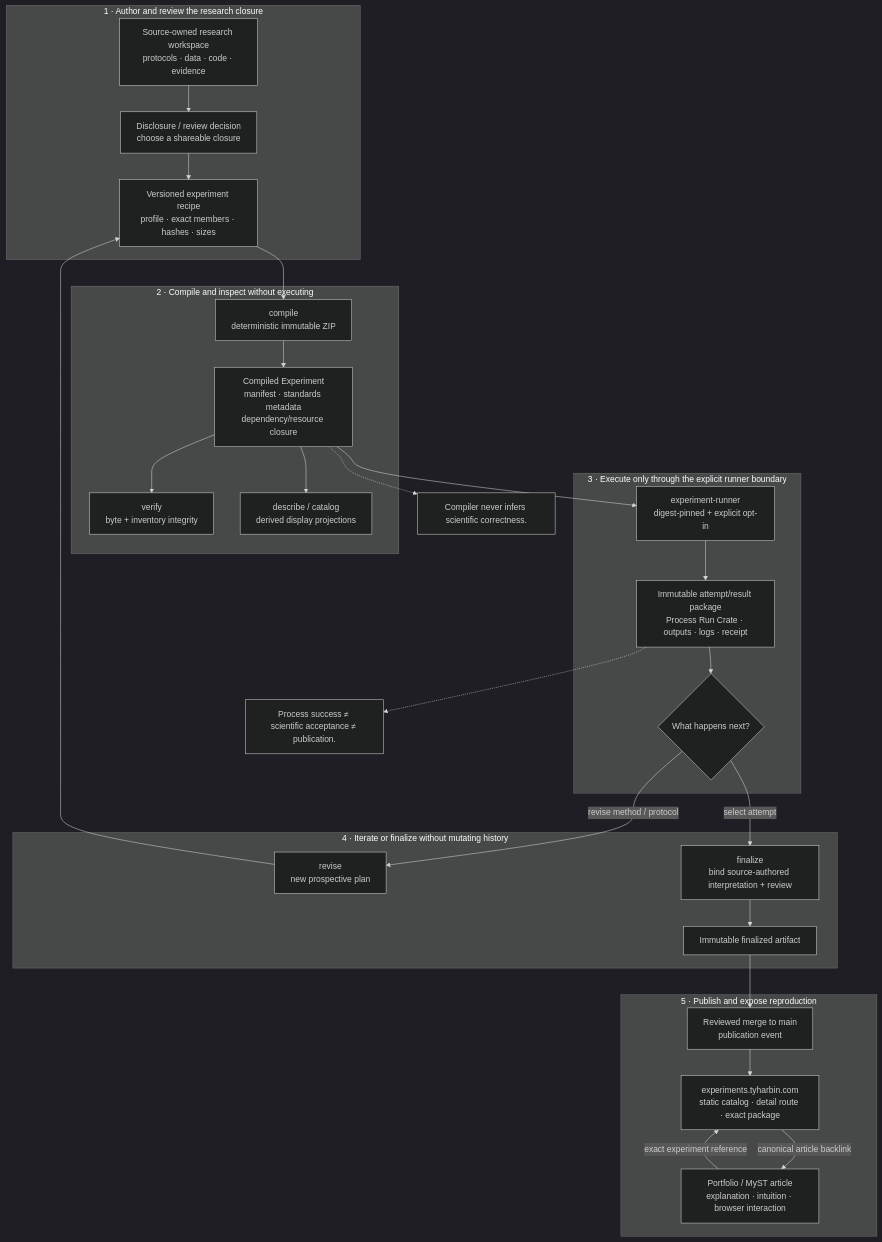
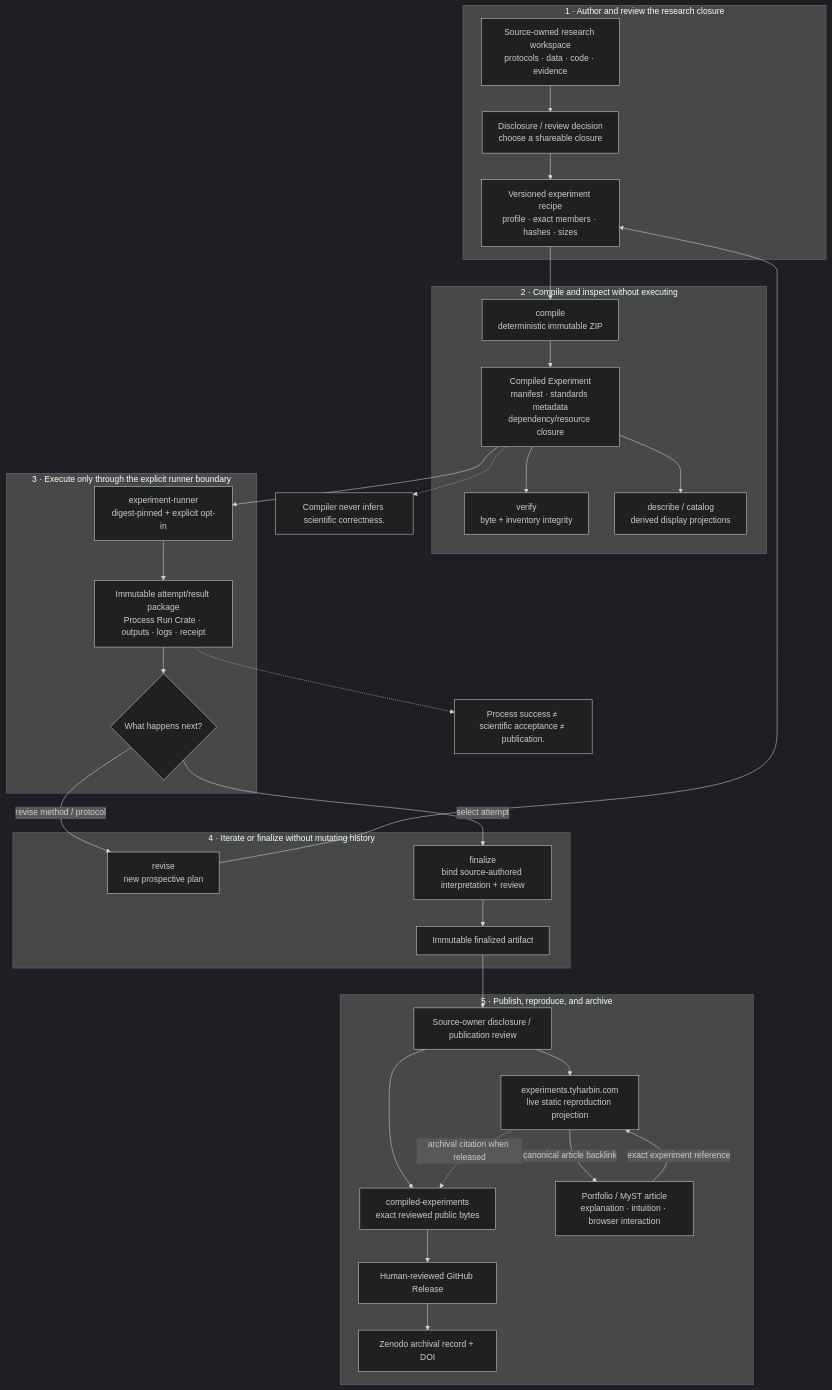
One commit to pH34r-pH/experiment-compiler changed the first of 5 diagrams in docs/architecture.md. Above: the diagram before and after it, drawn with Mermaid (dark theme). The commit also changed other lines of this file, not shown here.

Commit message:
docs: add compiled-experiments archival layer to architecture

````diff
--- a/docs/architecture.md
+++ b/docs/architecture.md
@@ -13,51 +13,57 @@
 ```mermaid
 flowchart TB
   subgraph A["1 · Author and review the research closure"]
     LAB["Source-owned research workspace<br/>protocols · data · code · evidence"]
     REVIEW["Disclosure / review decision<br/>choose a shareable closure"]
     RECIPE["Versioned experiment recipe<br/>profile · exact members · hashes · sizes"]
     LAB --> REVIEW --> RECIPE
   end
 
   subgraph B["2 · Compile and inspect without executing"]
     COMPILE["compile<br/>deterministic immutable ZIP"]
     PACKAGE["Compiled Experiment<br/>manifest · standards metadata<br/>dependency/resource closure"]
     VERIFY["verify<br/>byte + inventory integrity"]
     DESCRIBE["describe / catalog<br/>derived display projections"]
     COMPILE --> PACKAGE --> VERIFY
     PACKAGE --> DESCRIBE
   end
 
   subgraph C["3 · Execute only through the explicit runner boundary"]
     RUNNER["experiment-runner<br/>digest-pinned + explicit opt-in"]
     ATTEMPT["Immutable attempt/result package<br/>Process Run Crate · outputs · logs · receipt"]
     DECISION{"What happens next?"}
     RUNNER --> ATTEMPT --> DECISION
   end
 
   subgraph D["4 · Iterate or finalize without mutating history"]
     REVISE["revise<br/>new prospective plan"]
     FINALIZE["finalize<br/>bind source-authored interpretation + review"]
     FINAL["Immutable finalized artifact"]
     DECISION -->|"revise method / protocol"| REVISE
     REVISE --> RECIPE
     DECISION -->|"select attempt"| FINALIZE --> FINAL
   end
 
-  subgraph E["5 · Publish and expose reproduction"]
-    PROMOTE["Reviewed merge to main<br/>publication event"]
-    SITE["experiments.tyharbin.com<br/>static catalog · detail route · exact package"]
+  subgraph E["5 · Publish, reproduce, and archive"]
+    REVIEWPUB["Source-owner disclosure / publication review"]
+    SITE["experiments.tyharbin.com<br/>live static reproduction projection"]
+    ARCHIVE["compiled-experiments<br/>exact reviewed public bytes"]
+    RELEASE["Human-reviewed GitHub Release"]
+    ZENODO["Zenodo archival record + DOI"]
     ARTICLE["Portfolio / MyST article<br/>explanation · intuition · browser interaction"]
-    FINAL --> PROMOTE --> SITE
+    FINAL --> REVIEWPUB
+    REVIEWPUB --> SITE
+    REVIEWPUB --> ARCHIVE --> RELEASE --> ZENODO
     ARTICLE -->|"exact experiment reference"| SITE
     SITE -->|"canonical article backlink"| ARTICLE
+    SITE -.->|"archival citation when released"| ARCHIVE
   end
 
   RECIPE --> COMPILE
   PACKAGE --> RUNNER
 
   NOTE1["Compiler never infers scientific correctness."]
   NOTE2["Process success ≠ scientific acceptance ≠ publication."]
   PACKAGE -.-> NOTE1
   ATTEMPT -.-> NOTE2
 ```
````
